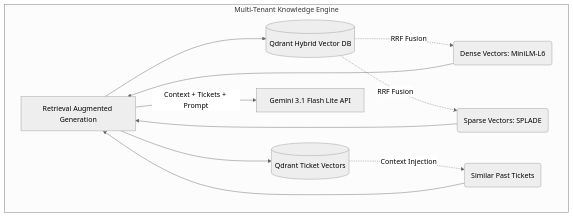
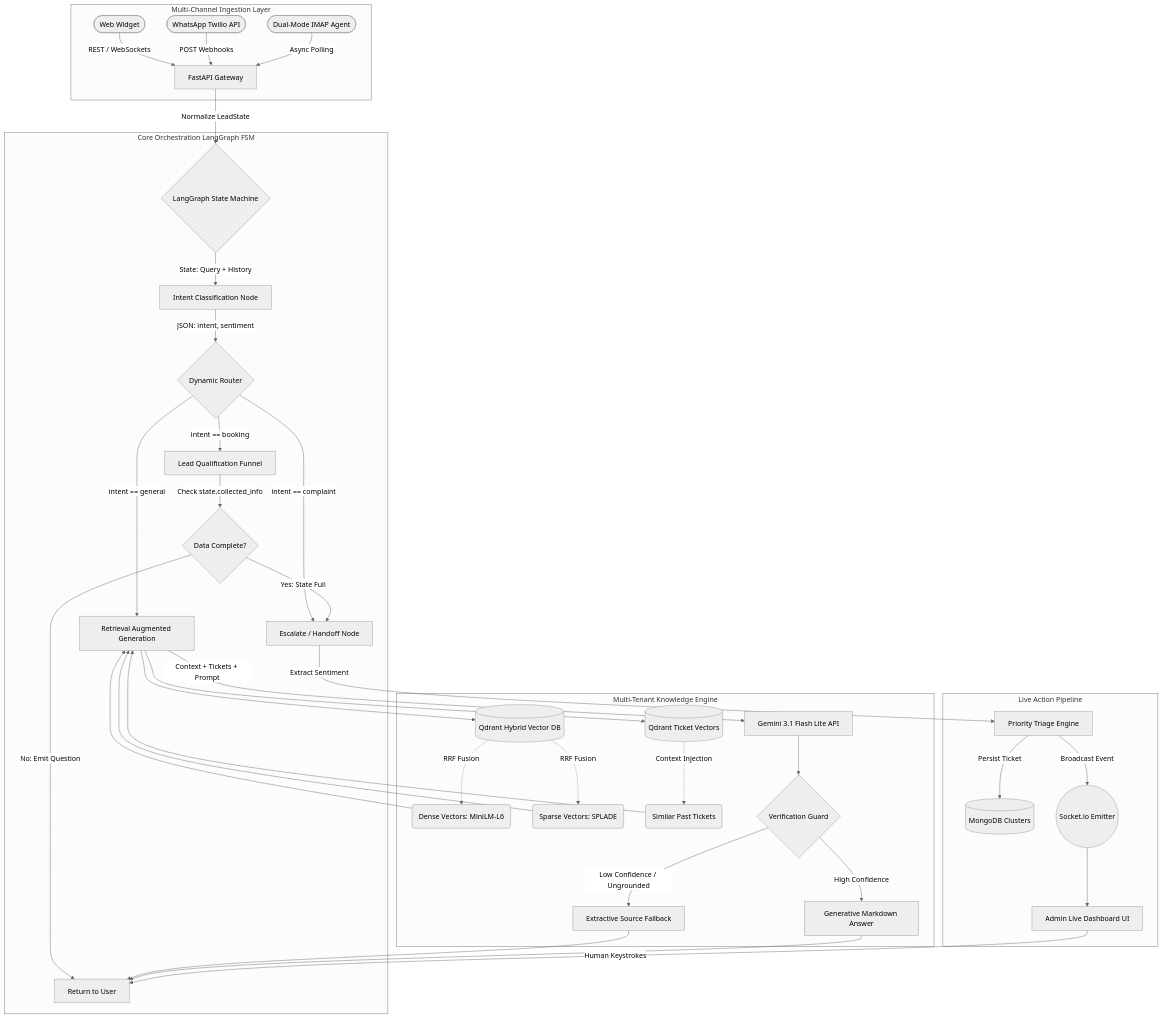
One commit to derpx06/closira changed the diagram in README.md. Above: the diagram before and after it, drawn with Mermaid (neutral theme). The commit also changed other lines of this file, not shown here.

Commit message:
docs: Restore massive system architecture diagram with new TicketDB injection flow

````diff
--- a/README.md
+++ b/README.md
@@ -13,18 +51,57 @@
 ```mermaid
 graph TD
+    %% Perimeter & Gateway
+    subgraph Ingestion [Multi-Channel Ingestion Layer]
+        Web([Web Widget]) -->|REST / WebSockets| APIGateway[FastAPI Gateway]
+        WA([WhatsApp Twilio API]) -->|POST Webhooks| APIGateway
+        Email([Dual-Mode IMAP Agent]) -->|Async Polling| APIGateway
+    end
+    
+    APIGateway -->|Normalize LeadState| Orchestrator{LangGraph State Machine}
+    
+    %% Core Orchestration Engine
+    subgraph Orchestration [Core Orchestration LangGraph FSM]
+        Orchestrator -->|State: Query + History| IntentNode[Intent Classification Node]
+        IntentNode -->|JSON: intent, sentiment| Router{Dynamic Router}
+        
+        Router -->|intent == complaint| EscalateNode[Escalate / Handoff Node]
+        Router -->|intent == booking| QualifyNode[Lead Qualification Funnel]
+        Router -->|intent == general| RAGNode[Retrieval Augmented Generation]
+        
+        QualifyNode -->|Check state.collected_info| FunnelCheck{Data Complete?}
+        FunnelCheck -->|No: Emit Question| ReturnToUser[Return to User]
+        FunnelCheck -->|Yes: State Full| EscalateNode
+    end
+
     %% RAG Pipeline & Historical Context
     subgraph Knowledge [Multi-Tenant Knowledge Engine]
-        RAGNode[Retrieval Augmented Generation] --> VectorDB[(Qdrant Hybrid Vector DB)]
+        RAGNode --> VectorDB[(Qdrant Hybrid Vector DB)]
         RAGNode --> TicketDB[(Qdrant Ticket Vectors)]
         
         VectorDB -.->|RRF Fusion| Dense(Dense Vectors: MiniLM-L6)
         VectorDB -.->|RRF Fusion| Sparse(Sparse Vectors: SPLADE)
         TicketDB -.->|Context Injection| PastTickets(Similar Past Tickets)
         
         Dense --> RAGNode
         Sparse --> RAGNode
         PastTickets --> RAGNode
         
         RAGNode -->|Context + Tickets + Prompt| LLM[Gemini 3.1 Flash Lite API]
+        
+        LLM --> Guard{Verification Guard}
+        Guard -->|Low Confidence / Ungrounded| Extractive[Extractive Source Fallback]
+        Guard -->|High Confidence| Generative[Generative Markdown Answer]
+    end
+    
+    Extractive --> ReturnToUser
+    Generative --> ReturnToUser
+
+    %% Handoff Pipeline
+    subgraph Action [Live Action Pipeline]
+        EscalateNode -->|Extract Sentiment| Triage[Priority Triage Engine]
+        Triage -->|Persist Ticket| Mongo[(MongoDB Clusters)]
+        Triage -->|Broadcast Event| SocketIO((Socket.io Emitter))
+        SocketIO --> LiveDashboard[Admin Live Dashboard UI]
+        LiveDashboard -->|Human Keystrokes| ReturnToUser
     end
 ```
````
